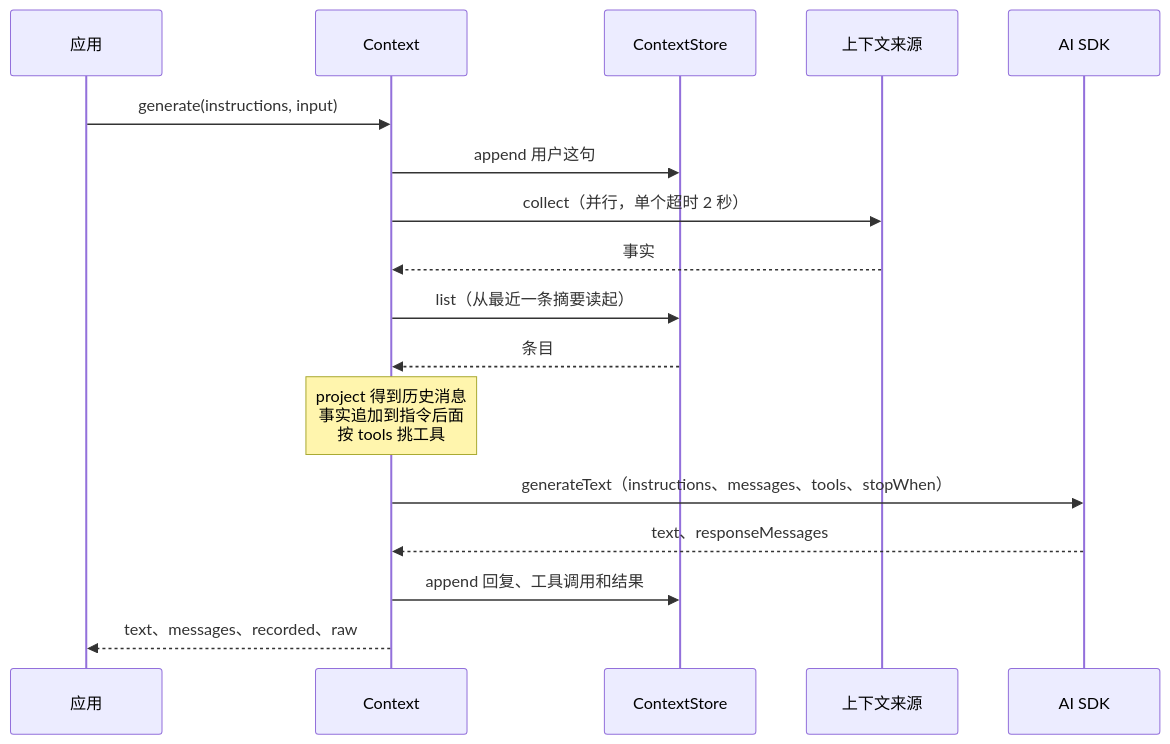
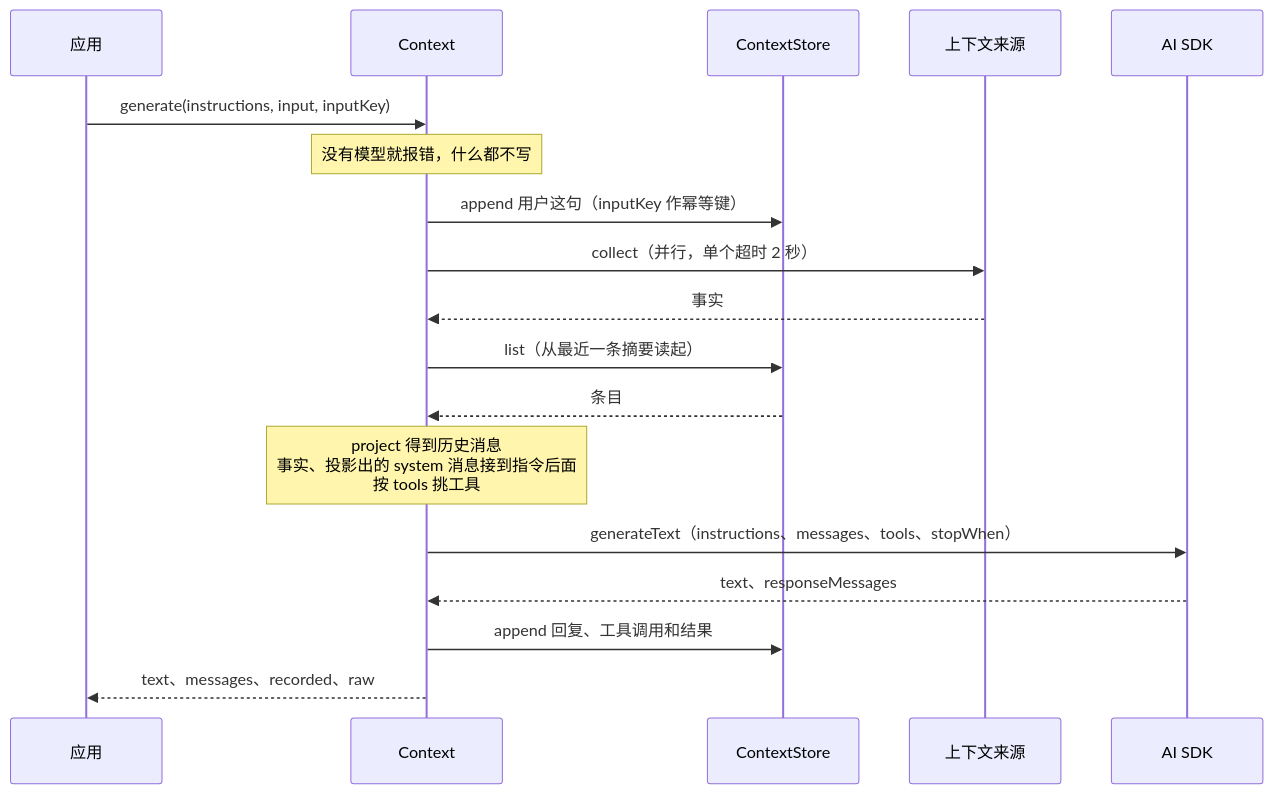
One commit to modelctx-ai/ctx changed the second of 3 diagrams in docs/architecture.md. Above: the diagram before and after it, drawn with Mermaid. The commit also changed other lines of this file and 9 other files, not shown here.

````diff
--- a/docs/architecture.md
+++ b/docs/architecture.md
@@ -50,19 +50,20 @@
 ```mermaid
 sequenceDiagram
   participant App as 应用
   participant Ctx as Context
   participant Store as ContextStore
   participant Src as 上下文来源
   participant SDK as AI SDK
-  App->>Ctx: generate(instructions, input)
-  Ctx->>Store: append 用户这句
+  App->>Ctx: generate(instructions, input, inputKey)
+  Note over Ctx: 没有模型就报错，什么都不写
+  Ctx->>Store: append 用户这句（inputKey 作幂等键）
   Ctx->>Src: collect（并行，单个超时 2 秒）
   Src-->>Ctx: 事实
   Ctx->>Store: list（从最近一条摘要读起）
   Store-->>Ctx: 条目
-  Note over Ctx: project 得到历史消息<br/>事实追加到指令后面<br/>按 tools 挑工具
+  Note over Ctx: project 得到历史消息<br/>事实、投影出的 system 消息接到指令后面<br/>按 tools 挑工具
   Ctx->>SDK: generateText（instructions、messages、tools、stopWhen）
   SDK-->>Ctx: text、responseMessages
   Ctx->>Store: append 回复、工具调用和结果
   Ctx-->>App: text、messages、recorded、raw
 ```
````
